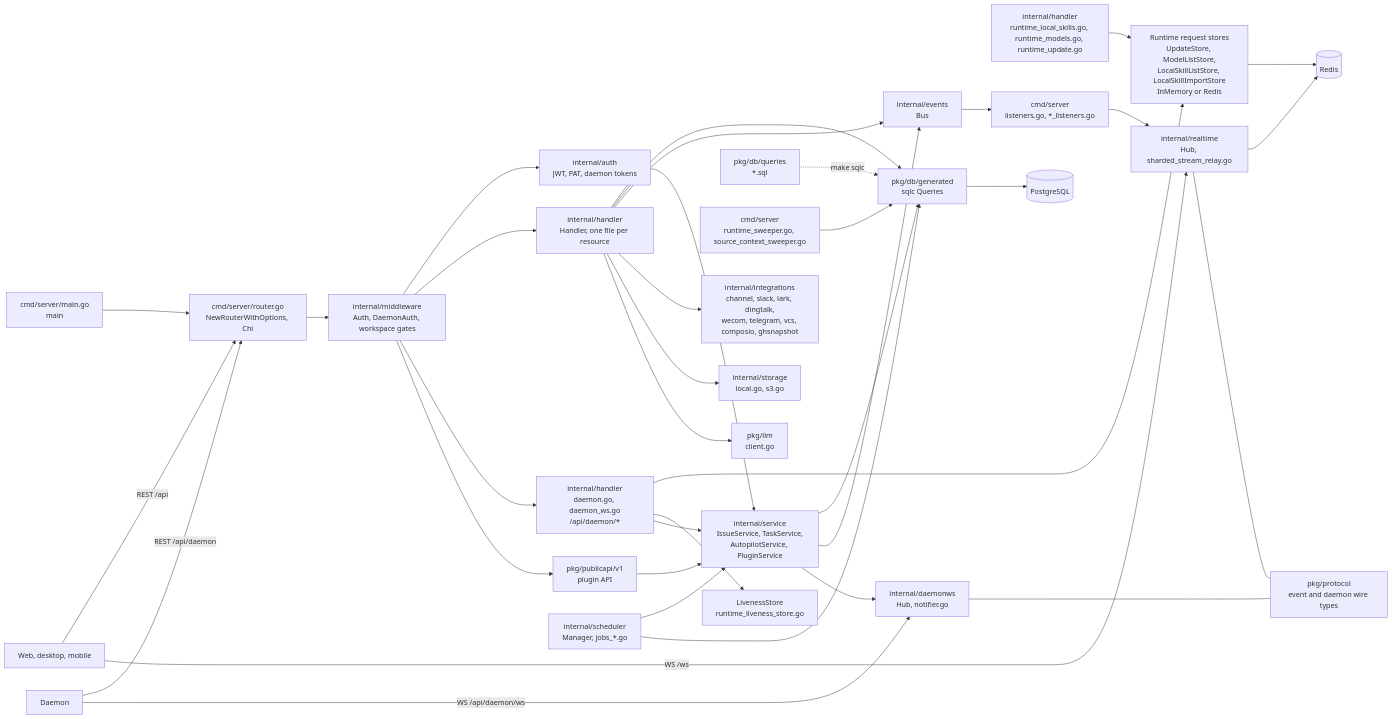
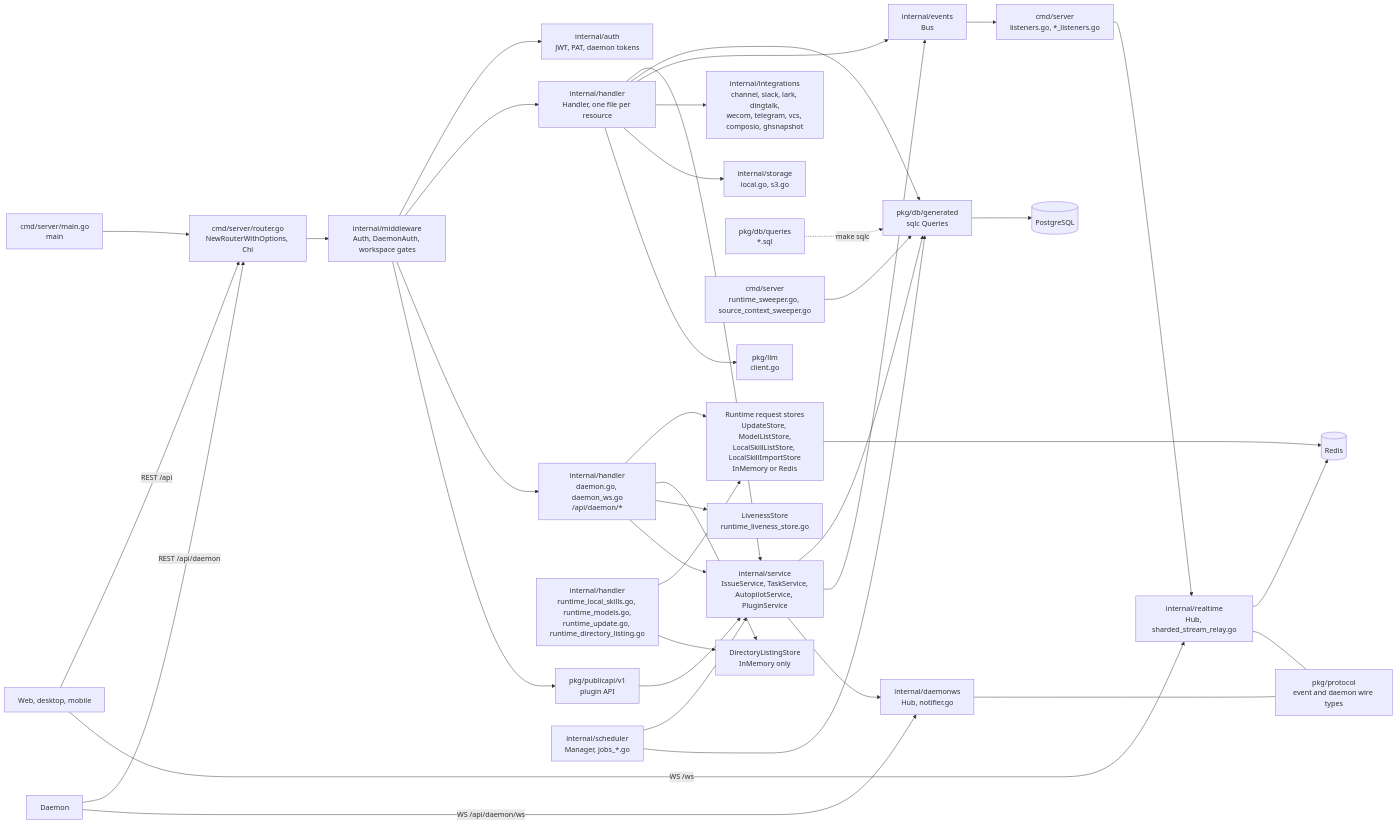
One commit to appboypov/multica changed the second of 6 diagrams in specs/docs/system-design.md. Above: the diagram before and after it, drawn with Mermaid. The commit also changed other lines of this file, not shown here.

````diff
--- a/specs/docs/system-design.md
+++ b/specs/docs/system-design.md
@@ -73,65 +73,68 @@
 ```mermaid
 flowchart LR
   main["cmd/server/main.go<br/>main"]
   router["cmd/server/router.go<br/>NewRouterWithOptions, Chi"]
   mw["internal/middleware<br/>Auth, DaemonAuth, workspace gates"]
   authpkg["internal/auth<br/>JWT, PAT, daemon tokens"]
   handlers["internal/handler<br/>Handler, one file per resource"]
   daemonapi["internal/handler<br/>daemon.go, daemon_ws.go<br/>/api/daemon/*"]
-  runtimeh["internal/handler<br/>runtime_local_skills.go, runtime_models.go, runtime_update.go"]
+  runtimeh["internal/handler<br/>runtime_local_skills.go, runtime_models.go,<br/>runtime_update.go, runtime_directory_listing.go"]
   reqstores["Runtime request stores<br/>UpdateStore, ModelListStore,<br/>LocalSkillListStore, LocalSkillImportStore<br/>InMemory or Redis"]
+  dirstore["DirectoryListingStore<br/>InMemory only"]
   liveness["LivenessStore<br/>runtime_liveness_store.go"]
   publicapi["pkg/publicapi/v1<br/>plugin API"]
   services["internal/service<br/>IssueService, TaskService,<br/>AutopilotService, PluginService"]
   sqlc["pkg/db/generated<br/>sqlc Queries"]
   sqlfiles["pkg/db/queries<br/>*.sql"]
   pg[("PostgreSQL")]
   redis[("Redis")]
   bus["internal/events<br/>Bus"]
   listeners["cmd/server<br/>listeners.go, *_listeners.go"]
   hub["internal/realtime<br/>Hub, sharded_stream_relay.go"]
   dhub["internal/daemonws<br/>Hub, notifier.go"]
   sched["internal/scheduler<br/>Manager, jobs_*.go"]
   sweepers["cmd/server<br/>runtime_sweeper.go, source_context_sweeper.go"]
   integ["internal/integrations<br/>channel, slack, lark, dingtalk,<br/>wecom, telegram, vcs, composio, ghsnapshot"]
   storage["internal/storage<br/>local.go, s3.go"]
   llm["pkg/llm<br/>client.go"]
   protocol["pkg/protocol<br/>event and daemon wire types"]
   clients["Web, desktop, mobile"]
   daemon["Daemon"]
 
   main --> router
   router --> mw --> authpkg
   mw --> handlers
   mw --> daemonapi
   mw --> publicapi
   clients -->|"REST /api"| router
   clients -->|"WS /ws"| hub
   daemon -->|"REST /api/daemon"| router
   daemon -->|"WS /api/daemon/ws"| dhub
   handlers --> services
   handlers --> sqlc
   runtimeh --> reqstores
   daemonapi --> reqstores
+  runtimeh --> dirstore
+  daemonapi --> dirstore
   daemonapi --> liveness
   daemonapi --> services
   publicapi --> services
   services --> sqlc
   sqlfiles -.->|"make sqlc"| sqlc
   sqlc --> pg
   reqstores --> redis
   handlers --> bus
   services --> bus
   bus --> listeners
   listeners --> hub
   services --> dhub
   hub --> redis
   sched --> services
   sched --> sqlc
   sweepers --> sqlc
   handlers --> integ
   handlers --> storage
   handlers --> llm
   hub --- protocol
   dhub --- protocol
 ```
````
